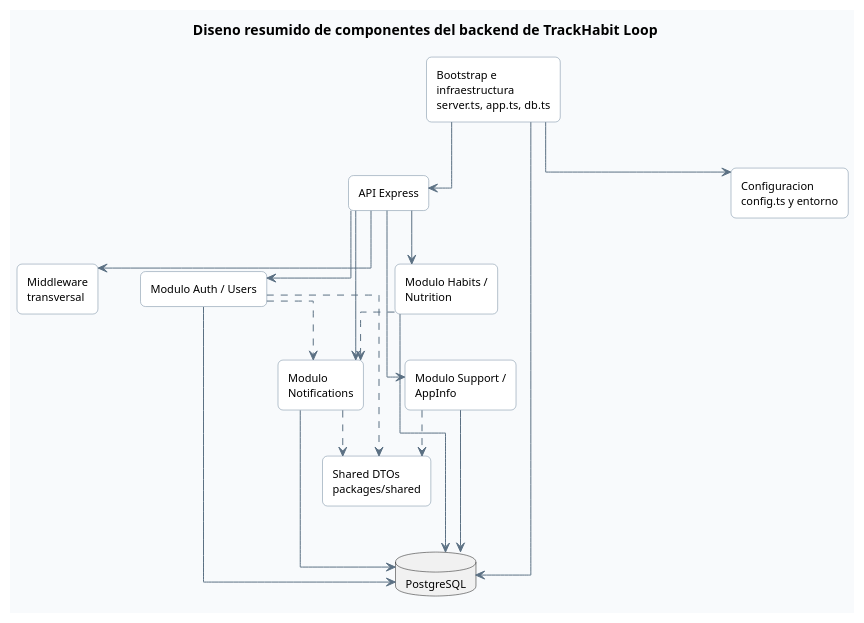
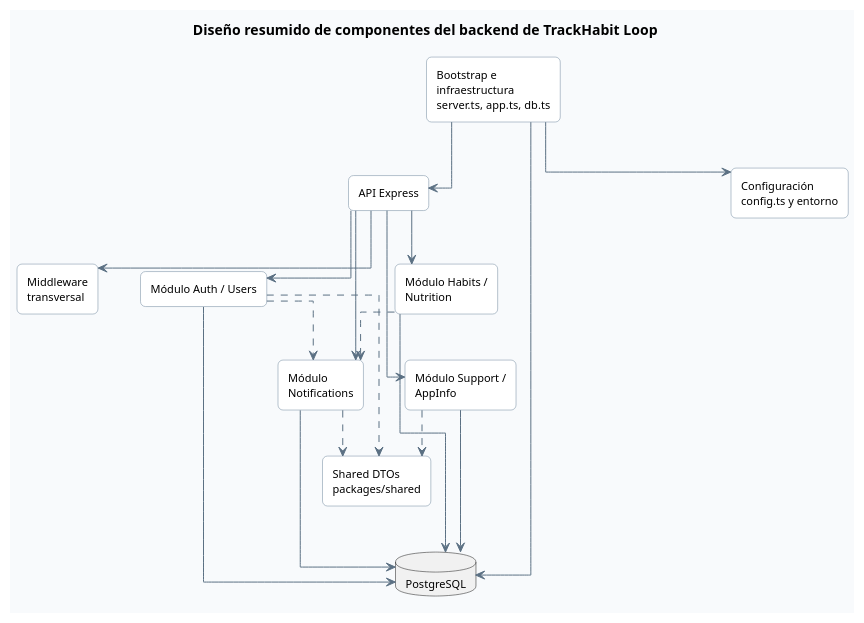
Before and after one commit to TPerez13/TFG: the diagram in docs/diagrams/cap4/10_design_backend_components_trackhabit_loop_simplified.puml, drawn with PlantUML. The commit also changed 95 other files, not shown here.

Commit message:
Fix Spanish language typos and improve translations across multiple screens, including Nutrition, Privacy, Support, and Habit Detail. Update labels, error messages, and placeholders for consistency and clarity.

```diff
--- a/docs/diagrams/cap4/10_design_backend_components_trackhabit_loop_simplified.puml
+++ b/docs/diagrams/cap4/10_design_backend_components_trackhabit_loop_simplified.puml
@@ -1,66 +1,66 @@
 @startuml
 hide circle
 hide methods
 hide stereotypes
 
 skinparam backgroundColor #F8FAFC
 skinparam shadowing false
 skinparam roundcorner 10
 skinparam defaultFontName Segoe UI
 skinparam defaultFontSize 11
 skinparam ArrowColor #5B7083
 skinparam ArrowThickness 1
 skinparam packageStyle rectangle
 skinparam componentStyle rectangle
 skinparam componentBackgroundColor #FFFFFF
 skinparam componentBorderColor #6E879D
 skinparam linetype ortho
 skinparam nodesep 42
 skinparam ranksep 46
 
-title Diseno resumido de componentes del backend de TrackHabit Loop
+title Diseño resumido de componentes del backend de TrackHabit Loop
 
 top to bottom direction
 
 component "Bootstrap e\ninfraestructura\nserver.ts, app.ts, db.ts" as be_boot
-component "Configuracion\nconfig.ts y entorno" as be_config
+component "Configuración\nconfig.ts y entorno" as be_config
 component "API Express" as be_api
 component "Middleware\ntransversal" as be_mw
-component "Modulo Auth / Users" as be_account
-component "Modulo Habits /\nNutrition" as be_tracking
-component "Modulo\nNotifications" as be_notif
-component "Modulo Support /\nAppInfo" as be_support
+component "Módulo Auth / Users" as be_account
+component "Módulo Habits /\nNutrition" as be_tracking
+component "Módulo\nNotifications" as be_notif
+component "Módulo Support /\nAppInfo" as be_support
 component "Shared DTOs\npackages/shared" as be_shared
 database "PostgreSQL" as be_pg
 
 be_boot --> be_config
 be_boot --> be_api
 be_boot --> be_pg
 
 be_api --> be_mw
 be_api --> be_account
 be_api --> be_tracking
 be_api --> be_notif
 be_api --> be_support
 
 be_account ..> be_notif
 be_tracking ..> be_notif
 
 be_account ..> be_shared
 be_notif ..> be_shared
 be_support ..> be_shared
 
 be_account --> be_pg
 be_tracking --> be_pg
 be_notif --> be_pg
 be_support --> be_pg
 
 be_boot -[hidden]down-> be_api
 be_api -[hidden]down-> be_account
 be_account -[hidden]right-> be_tracking
 be_tracking -[hidden]right-> be_notif
 be_notif -[hidden]right-> be_support
 be_support -[hidden]right-> be_shared
 be_shared -[hidden]down-> be_pg
 
 @enduml
```
